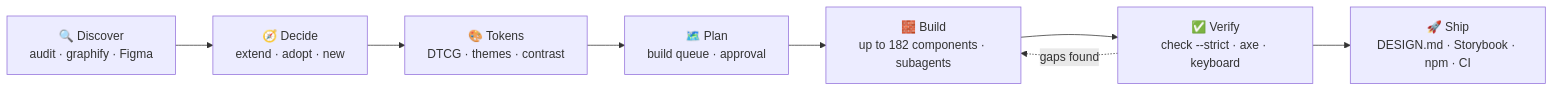
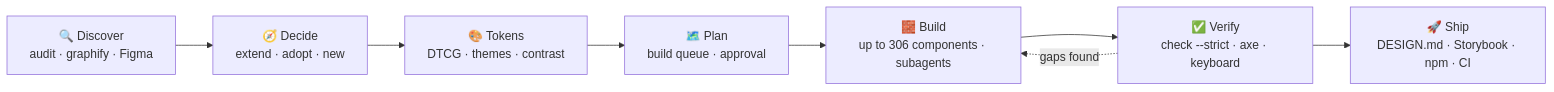
One commit to AntonBronnfjell/tooling-agent-skill-markdown_html-design-system changed the first of 2 diagrams in README.md. Above: the diagram before and after it, drawn with Mermaid. The commit also changed other lines of this file and 7 other files, not shown here.

````diff
--- a/README.md
+++ b/README.md
@@ -57,10 +58,10 @@
 ```mermaid
 flowchart LR
     A["🔍 Discover<br/>audit · graphify · Figma"] --> B["🧭 Decide<br/>extend · adopt · new"]
     B --> C["🎨 Tokens<br/>DTCG · themes · contrast"]
     C --> D["🗺️ Plan<br/>build queue · approval"]
-    D --> E["🧱 Build<br/>up to 182 components · subagents"]
+    D --> E["🧱 Build<br/>up to 306 components · subagents"]
     E --> F["✅ Verify<br/>check --strict · axe · keyboard"]
     F --> G["🚀 Ship<br/>DESIGN.md · Storybook · npm · CI"]
     F -. "gaps found" .-> E
 ```
````
